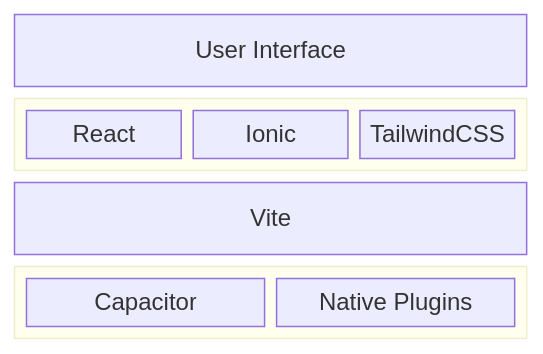
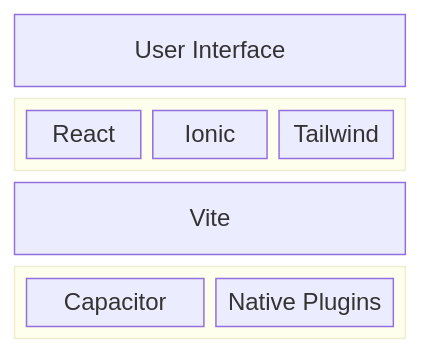
Before and after one commit to PhotonicGluon/Excalibur: the first of 2 diagrams in website/docs/reference/architecture.mdx, drawn with Mermaid. The commit also changed 16 other files, not shown here.

````diff
--- a/website/docs/reference/architecture.mdx
+++ b/website/docs/reference/architecture.mdx
@@ -15,14 +15,14 @@
 ```mermaid
 block
     columns 3
     ui["User Interface"]:3
     block:code:3
-        React Ionic TailwindCSS
+        React Ionic Tailwind
     end
     vite["Vite"]:3
     block:native:3
         columns 3
         capacitor["Capacitor"]:1
         native_plugins["Native Plugins"]:1
     end
 ```
````
